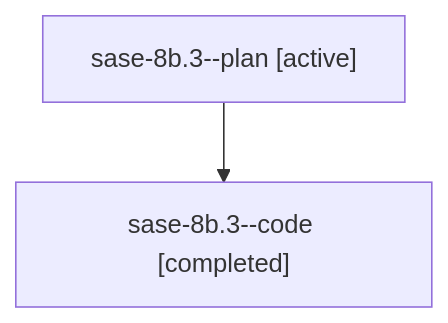
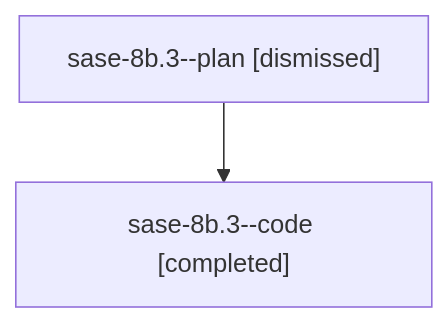
One commit to sase-org/sase--agents changed the diagram in sessions/bbugyi200.athena.sase-8b.3.md. Above: the diagram before and after it, drawn with Mermaid. The commit also changed other lines of this file and 82 other files, not shown here.

````diff
--- a/sessions/bbugyi200.athena.sase-8b.3.md
+++ b/sessions/bbugyi200.athena.sase-8b.3.md
@@ -9,6 +9,6 @@
 ```mermaid
 flowchart TD
-  n0["sase-8b.3--plan [active]"]
+  n0["sase-8b.3--plan [dismissed]"]
   n1["sase-8b.3--code [completed]"]
   n0 --> n1
 ```
````
